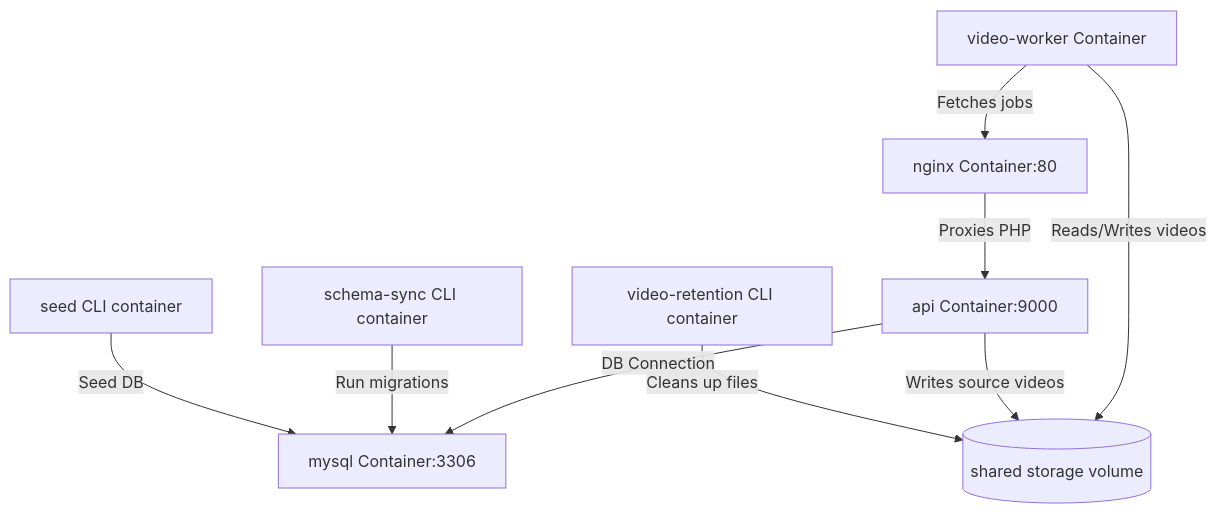
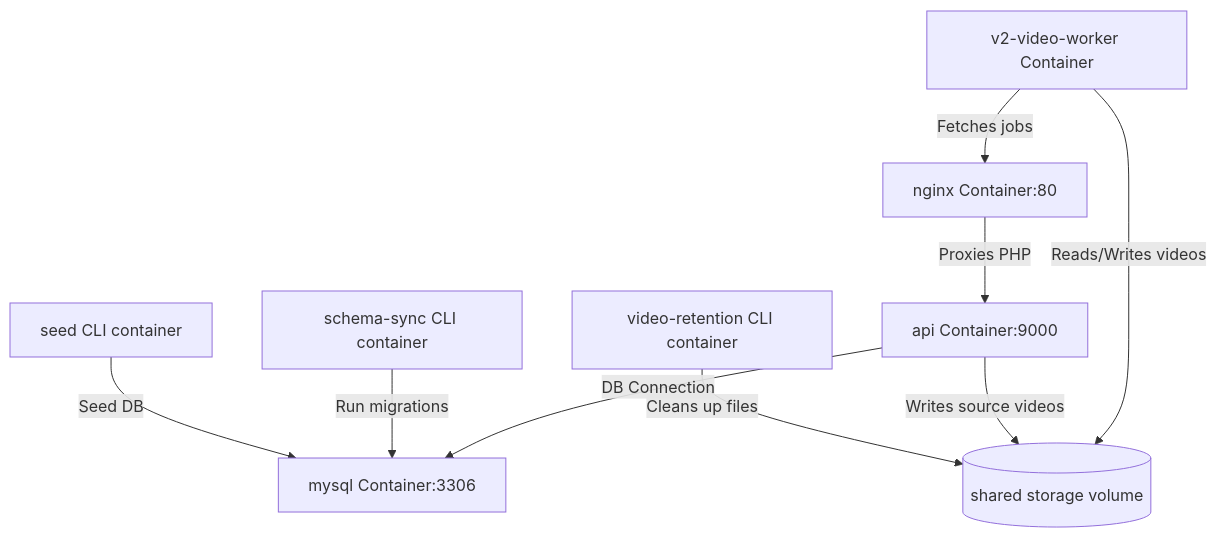
One commit to devshaaji/workeddy-app changed the diagram in docs/superpowers/specs/2026-07-12-docker-setup-design.md. Above: the diagram before and after it, drawn with Mermaid. The commit also changed other lines of this file and 2 other files, not shown here.

Commit message:
fix the video worker

````diff
--- a/docs/superpowers/specs/2026-07-12-docker-setup-design.md
+++ b/docs/superpowers/specs/2026-07-12-docker-setup-design.md
@@ -13,14 +13,14 @@
 ```mermaid
 graph TD
     nginx[nginx Container:80] -->|Proxies PHP| api[api Container:9000]
     api -->|DB Connection| mysql[mysql Container:3306]
     
     schema-sync[schema-sync CLI container] -->|Run migrations| mysql
     seed[seed CLI container] -->|Seed DB| mysql
     
-    video-worker[video-worker Container] -->|Fetches jobs| nginx
-    video-worker -->|Reads/Writes videos| storage[(shared storage volume)]
+    v2-video-worker[v2-video-worker Container] -->|Fetches jobs| nginx
+    v2-video-worker -->|Reads/Writes videos| storage[(shared storage volume)]
     api -->|Writes source videos| storage
     
     video-retention[video-retention CLI container] -->|Cleans up files| storage
 ```
````
